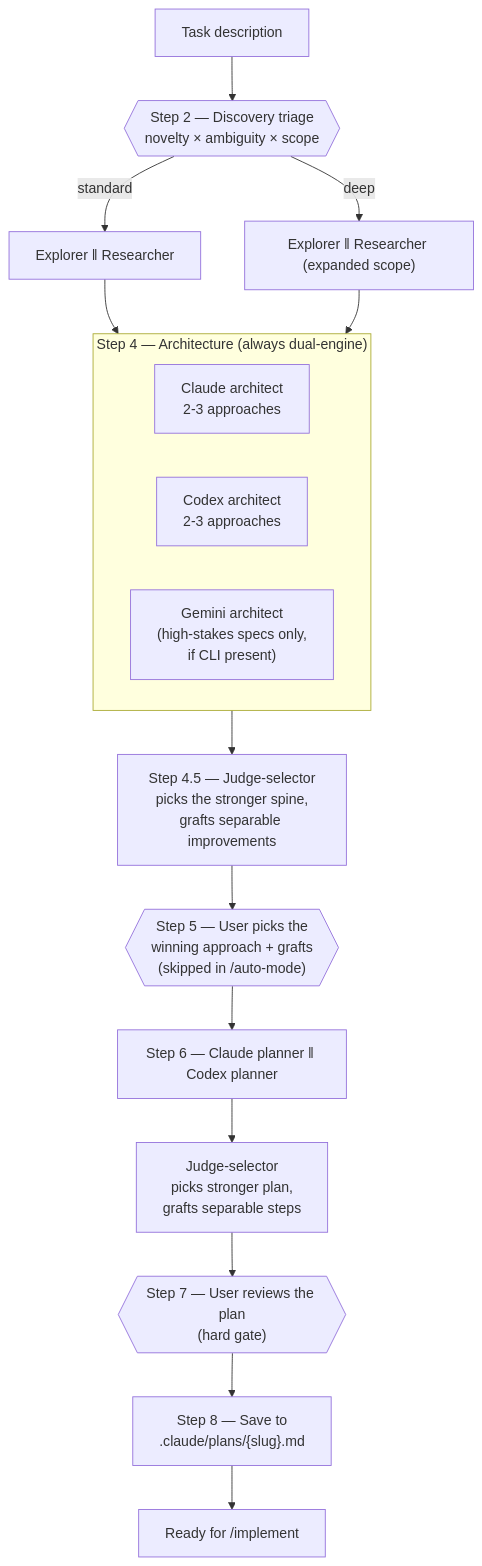
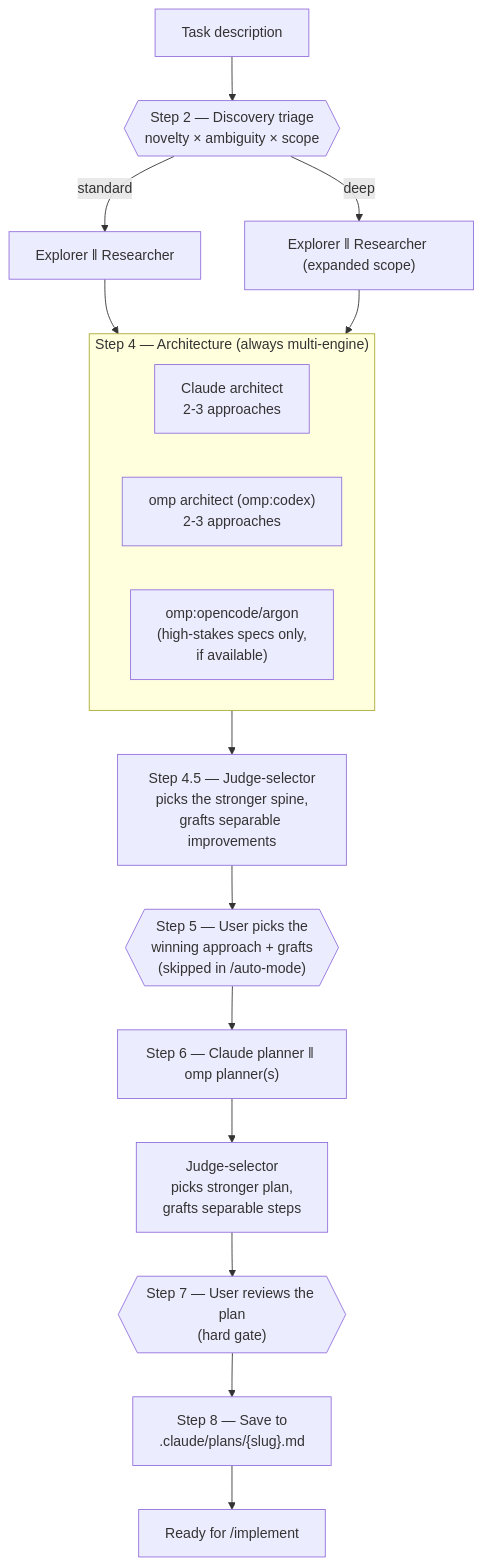
Before and after one commit to nodera-studio/agent-os: the diagram in agents/plan/README.md, drawn with Mermaid. The commit also changed other lines of this file and 2 other files, not shown here.

First line of the commit message:
Move the plan pipeline from Codex briefs to the omp ask contract

````diff
--- a/agents/plan/README.md
+++ b/agents/plan/README.md
@@ -22,27 +23,27 @@
 ```mermaid
 flowchart TD
     T["Task description"] --> TR{{"Step 2 — Discovery triage<br/>novelty × ambiguity × scope"}}
 
     TR -->|standard| EX2["Explorer ‖ Researcher"]
     TR -->|deep| EX3["Explorer ‖ Researcher (expanded scope)"]
 
     EX2 --> ARCH
     EX3 --> ARCH
 
-    subgraph ARCH["Step 4 — Architecture (always dual-engine)"]
+    subgraph ARCH["Step 4 — Architecture (always multi-engine)"]
         direction LR
         A1["Claude architect<br/>2-3 approaches"]
-        A2["Codex architect<br/>2-3 approaches"]
-        A3["Gemini architect<br/>(high-stakes specs only,<br/>if CLI present)"]
+        A2["omp architect (omp:codex)<br/>2-3 approaches"]
+        A3["omp:opencode/argon<br/>(high-stakes specs only,<br/>if available)"]
     end
 
     ARCH --> J1["Step 4.5 — Judge-selector<br/>picks the stronger spine,<br/>grafts separable improvements"]
     J1 --> GATE1{{"Step 5 — User picks the<br/>winning approach + grafts<br/>(skipped in /auto-mode)"}}
 
-    GATE1 --> P2["Step 6 — Claude planner ‖ Codex planner"]
+    GATE1 --> P2["Step 6 — Claude planner ‖ omp planner(s)"]
     P2 --> J2["Judge-selector<br/>picks stronger plan,<br/>grafts separable steps"]
     J2 --> STEP7
 
     STEP7{{"Step 7 — User reviews the plan<br/>(hard gate)"}} --> SAVE["Step 8 — Save to<br/>.claude/plans/{slug}.md"]
     SAVE --> NEXT["Ready for /implement"]
 ```
````
